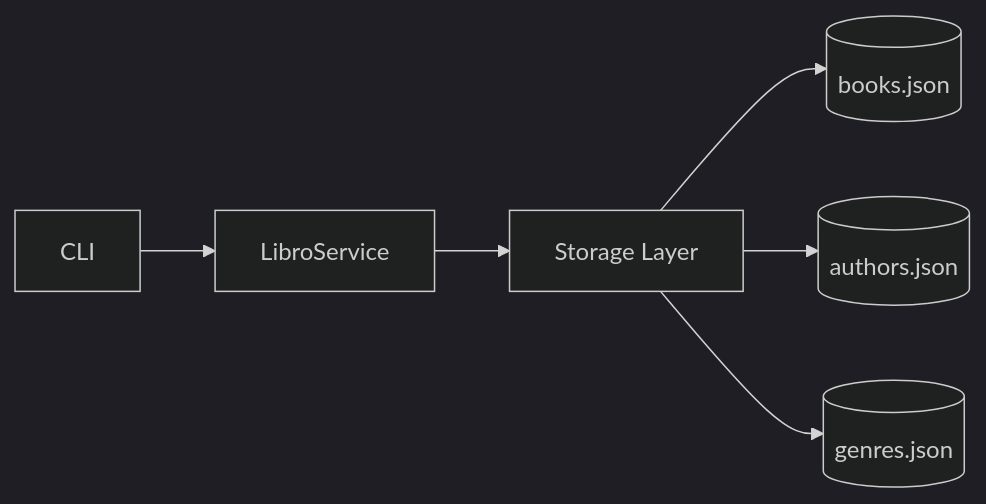
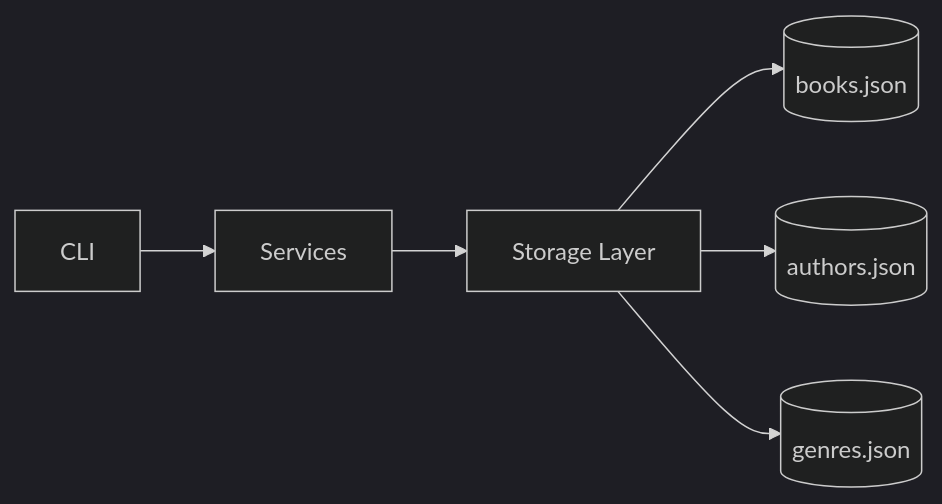
One commit to jeropez/personal_library changed the first of 2 diagrams in docs/user_guide/persistence.md. Above: the diagram before and after it, drawn with Mermaid (dark theme). The commit also changed other lines of this file and 27 other files, not shown here.

````diff
--- a/docs/user_guide/persistence.md
+++ b/docs/user_guide/persistence.md
@@ -26,11 +31,11 @@
 ```mermaid
 flowchart LR
 
-    CLI[CLI] --> Service[LibroService]
+    CLI[CLI] --> Service[Services]
 
     Service --> Storage[Storage Layer]
 
     Storage --> Books[(books.json)]
     Storage --> Authors[(authors.json)]
     Storage --> Genres[(genres.json)]
 ```
````
